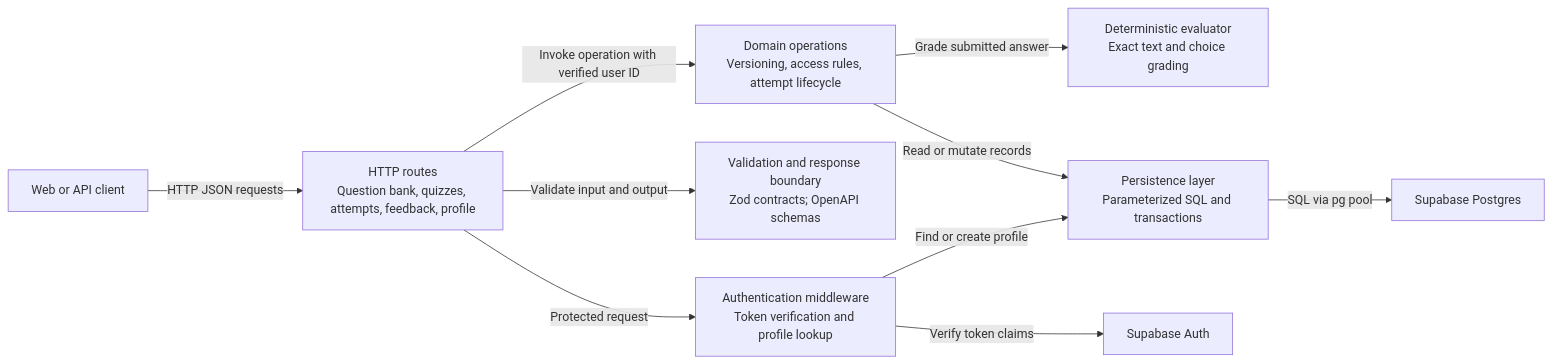
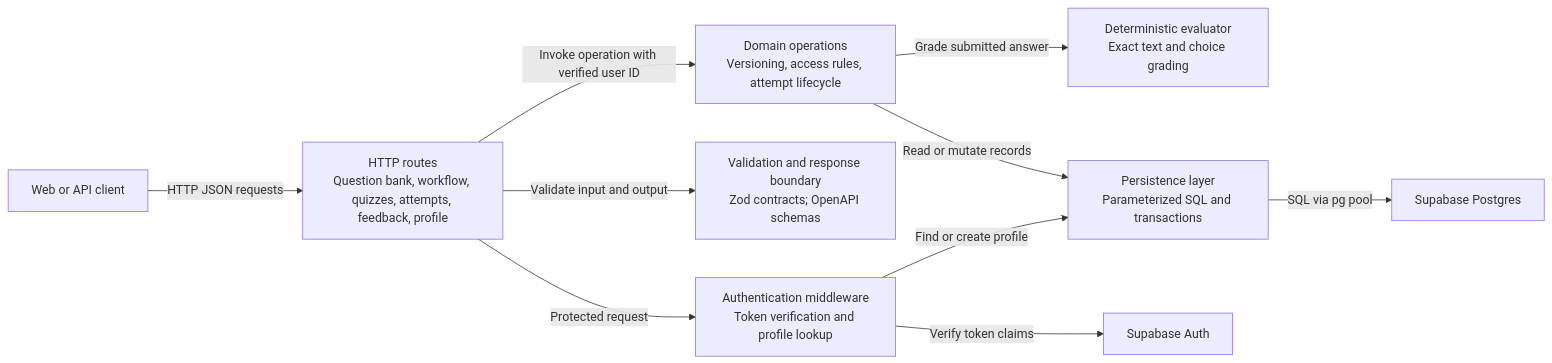
One commit to crennie/quiz-builder changed the diagram in docs/architecture/static/components/api.md. Above: the diagram before and after it, drawn with Mermaid. The commit also changed other lines of this file and 21 other files, not shown here.

````diff
--- a/docs/architecture/static/components/api.md
+++ b/docs/architecture/static/components/api.md
@@ -5,22 +5,22 @@
 ```mermaid
 flowchart LR
     client["Web or API client"]
-    routes["HTTP routes<br/>Question bank, quizzes, attempts, feedback, profile"]
+    routes["HTTP routes<br/>Question bank, workflow, quizzes, attempts, feedback, profile"]
     auth["Authentication middleware<br/>Token verification and profile lookup"]
     contracts["Validation and response boundary<br/>Zod contracts; OpenAPI schemas"]
     domain["Domain operations<br/>Versioning, access rules, attempt lifecycle"]
     evaluator["Deterministic evaluator<br/>Exact text and choice grading"]
     persistence["Persistence layer<br/>Parameterized SQL and transactions"]
     supa["Supabase Auth"]
     db["Supabase Postgres"]
 
     client -->|HTTP JSON requests| routes
     routes -->|Protected request| auth
     auth -->|Verify token claims| supa
     auth -->|Find or create profile| persistence
     routes -->|Validate input and output| contracts
     routes -->|Invoke operation with verified user ID| domain
     domain -->|Grade submitted answer| evaluator
     domain -->|Read or mutate records| persistence
     persistence -->|SQL via pg pool| db
 ```
````
